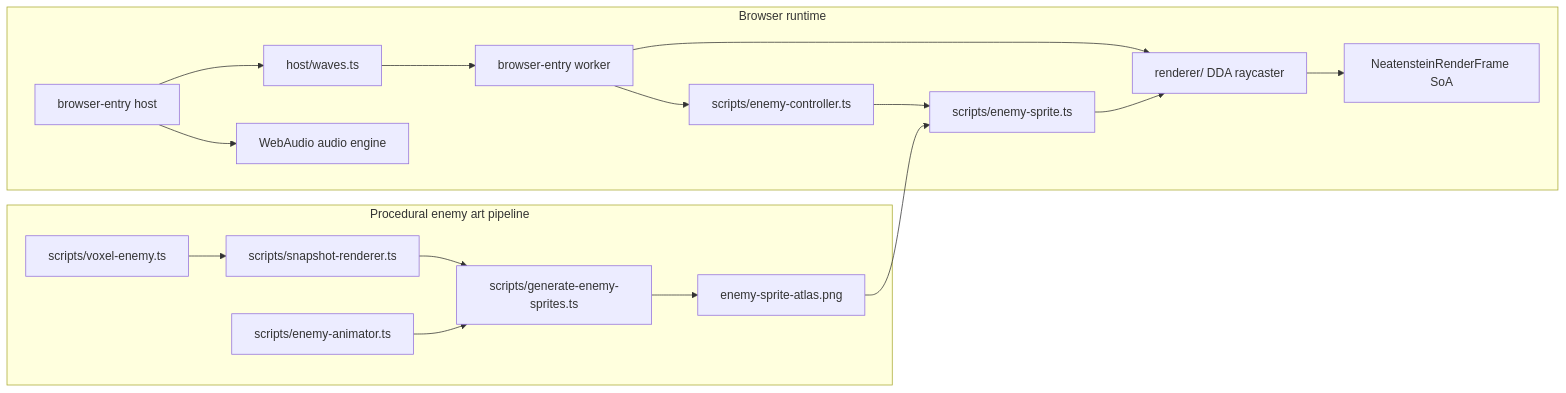
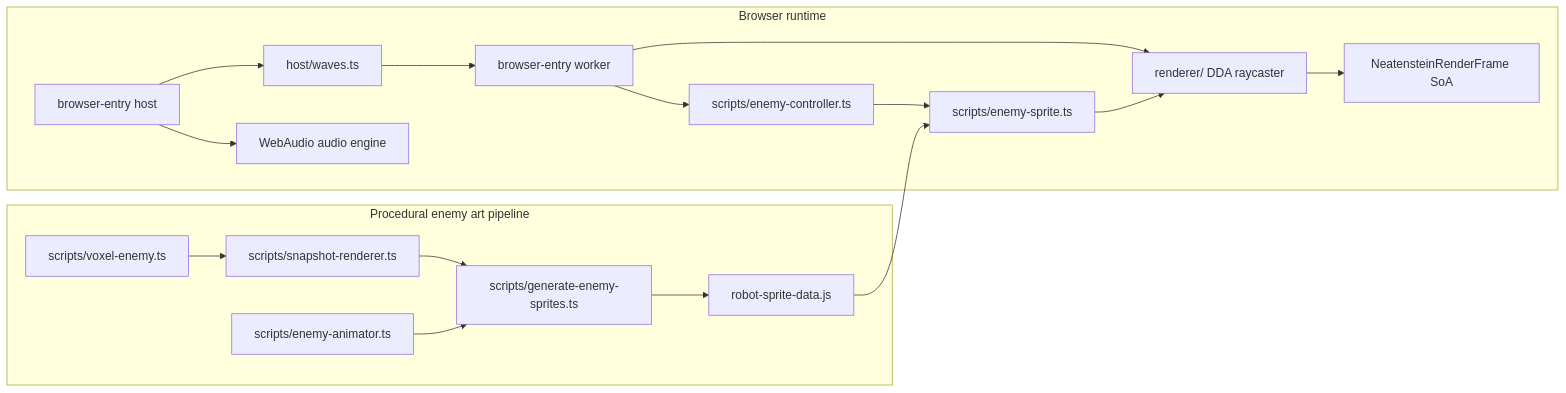
The diagram in examples/neatenstein/README.md (reicek/NeatapticTS), drawn with Mermaid before and after one commit. The commit also changed other lines of this file and 175 other files, not shown here.

````diff
--- a/examples/neatenstein/README.md
+++ b/examples/neatenstein/README.md
@@ -63,35 +82,35 @@
 ```mermaid
 flowchart LR
     subgraph Runtime["Browser runtime"]
         Host["browser-entry host"]
         Waves["host/waves.ts"]
         Worker["browser-entry worker"]
         Controller["scripts/enemy-controller.ts"]
         Sprite["scripts/enemy-sprite.ts"]
         Renderer["renderer/ DDA raycaster"]
         Frame["NeatensteinRenderFrame SoA"]
         Audio["WebAudio audio engine"]
     end
 
     subgraph ArtPipeline["Procedural enemy art pipeline"]
         Voxel["scripts/voxel-enemy.ts"]
         Snapshot["scripts/snapshot-renderer.ts"]
         Animator["scripts/enemy-animator.ts"]
         Generator["scripts/generate-enemy-sprites.ts"]
-        Atlas["enemy-sprite-atlas.png"]
+        Atlas["robot-sprite-data.js"]
     end
 
     Host --> Waves
     Waves --> Worker
     Worker --> Controller
     Worker --> Renderer
     Controller --> Sprite
     Renderer --> Frame
     Host --> Audio
     Voxel --> Snapshot
     Snapshot --> Generator
     Animator --> Generator
     Generator --> Atlas
     Atlas --> Sprite
     Sprite --> Renderer
 ```
````
